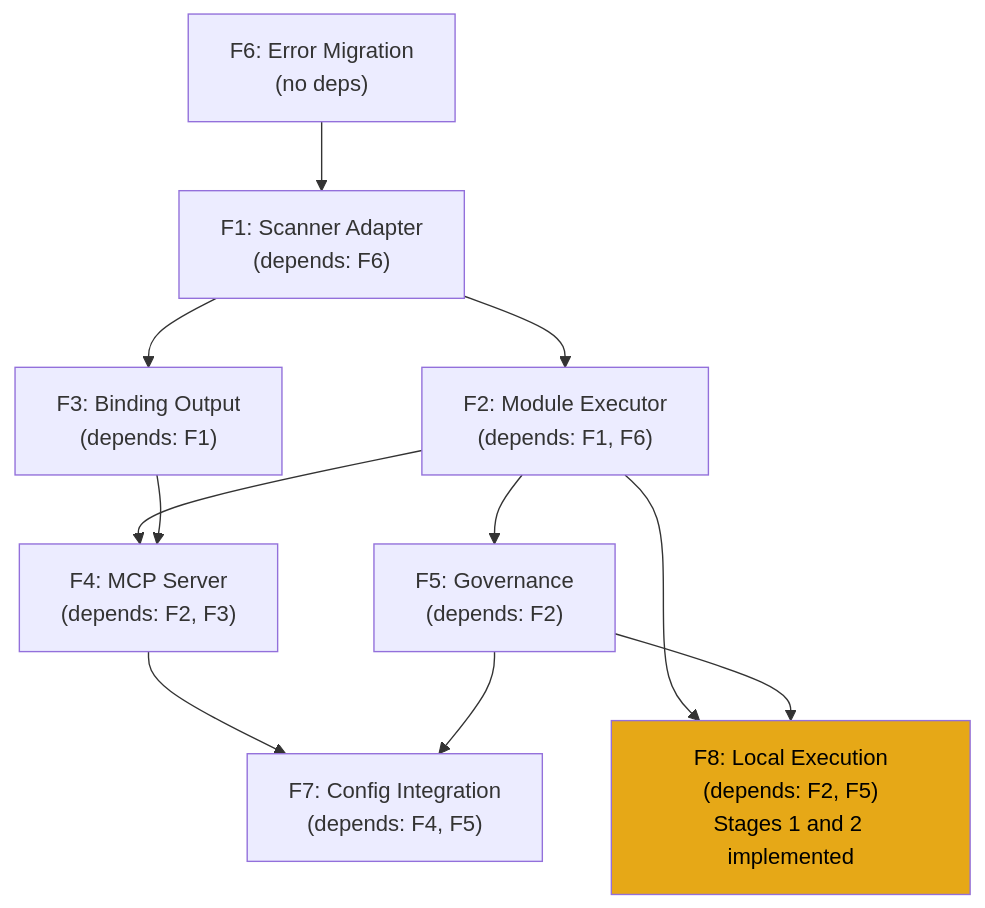
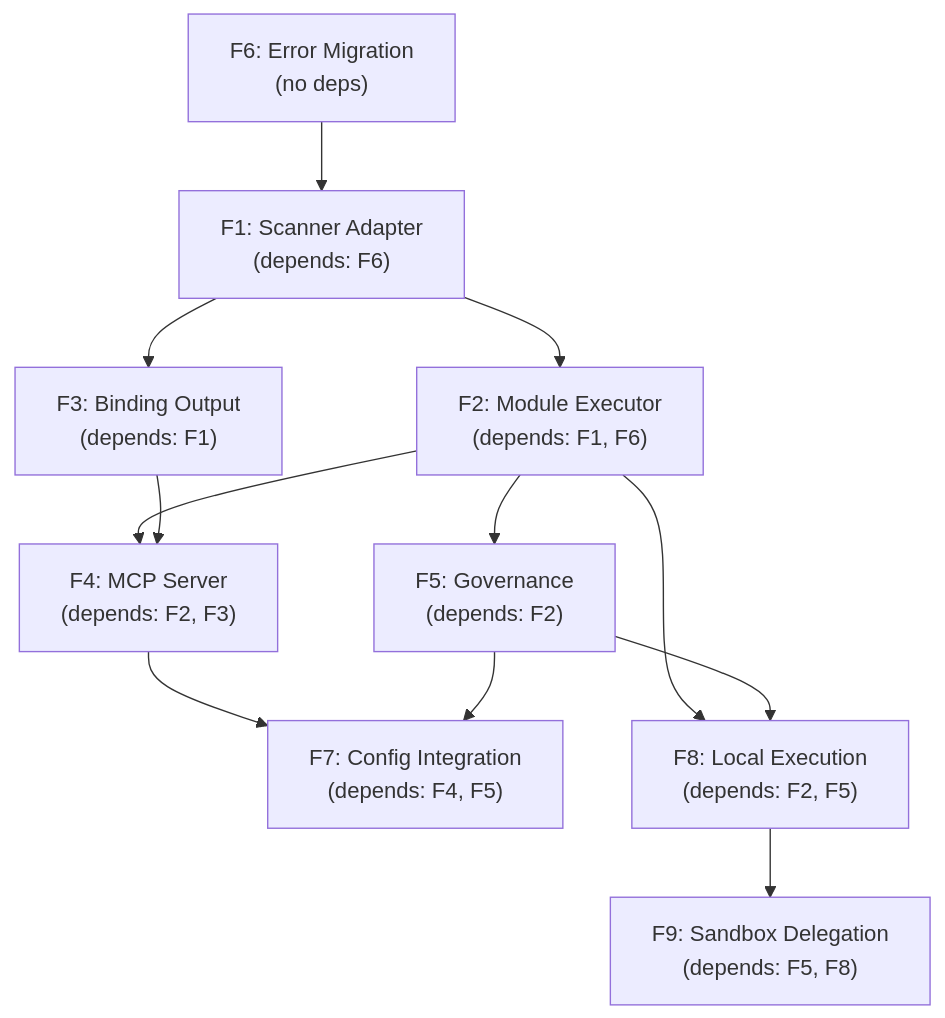
Before and after one commit to aiperceivable/apexe: the diagram in docs/features/v2-overview.md, drawn with Mermaid. The commit also changed other lines of this file and 16 other files, not shown here.

````diff
--- a/docs/features/v2-overview.md
+++ b/docs/features/v2-overview.md
@@ -57,24 +58,24 @@
 ```mermaid
 graph TD
     F6["F6: Error Migration<br/>(no deps)"]
     F1["F1: Scanner Adapter<br/>(depends: F6)"]
     F2["F2: Module Executor<br/>(depends: F1, F6)"]
     F3["F3: Binding Output<br/>(depends: F1)"]
     F4["F4: MCP Server<br/>(depends: F2, F3)"]
     F5["F5: Governance<br/>(depends: F2)"]
     F7["F7: Config Integration<br/>(depends: F4, F5)"]
-    F8["F8: Local Execution<br/>(depends: F2, F5)<br/>Stages 1 and 2 implemented"]
+    F8["F8: Local Execution<br/>(depends: F2, F5)"]
+    F9["F9: Sandbox Delegation<br/>(depends: F5, F8)"]
 
     F6 --> F1
     F1 --> F2
     F1 --> F3
     F2 --> F4
     F3 --> F4
     F2 --> F5
     F4 --> F7
     F5 --> F7
     F2 --> F8
     F5 --> F8
-
-    style F8 fill:#e6a817,color:#000
+    F8 --> F9
 ```
````
